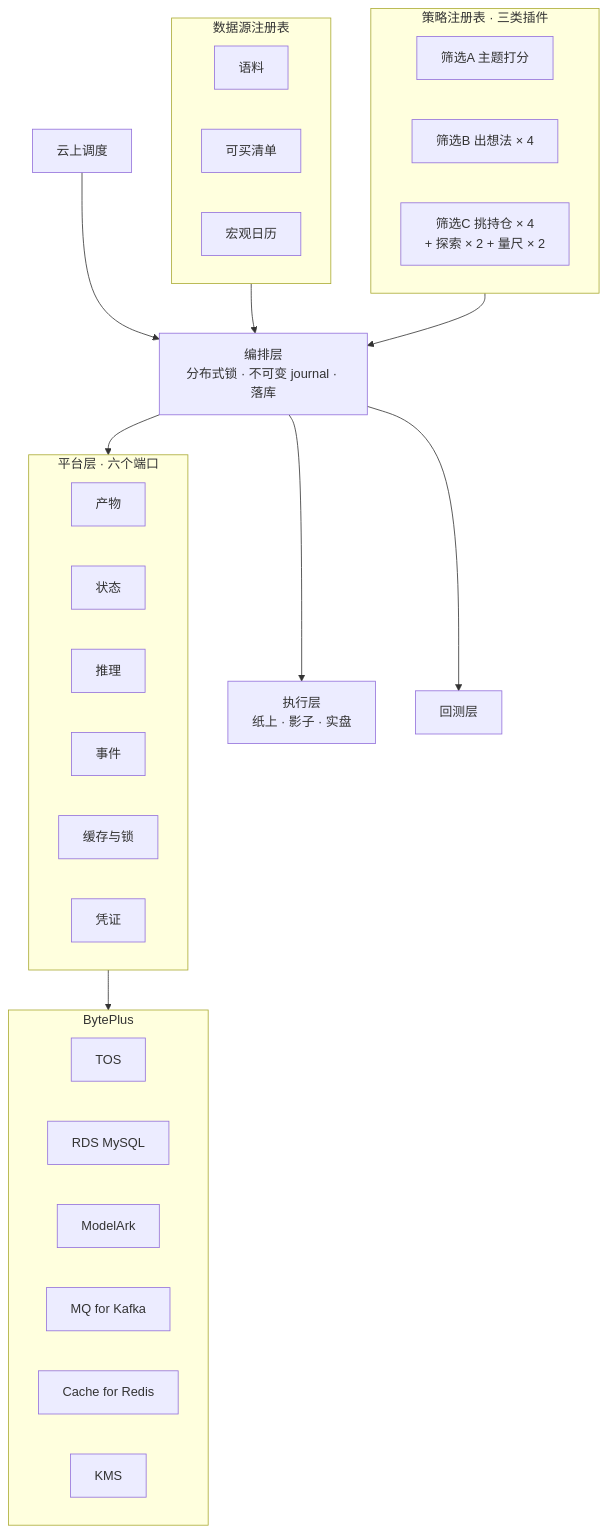
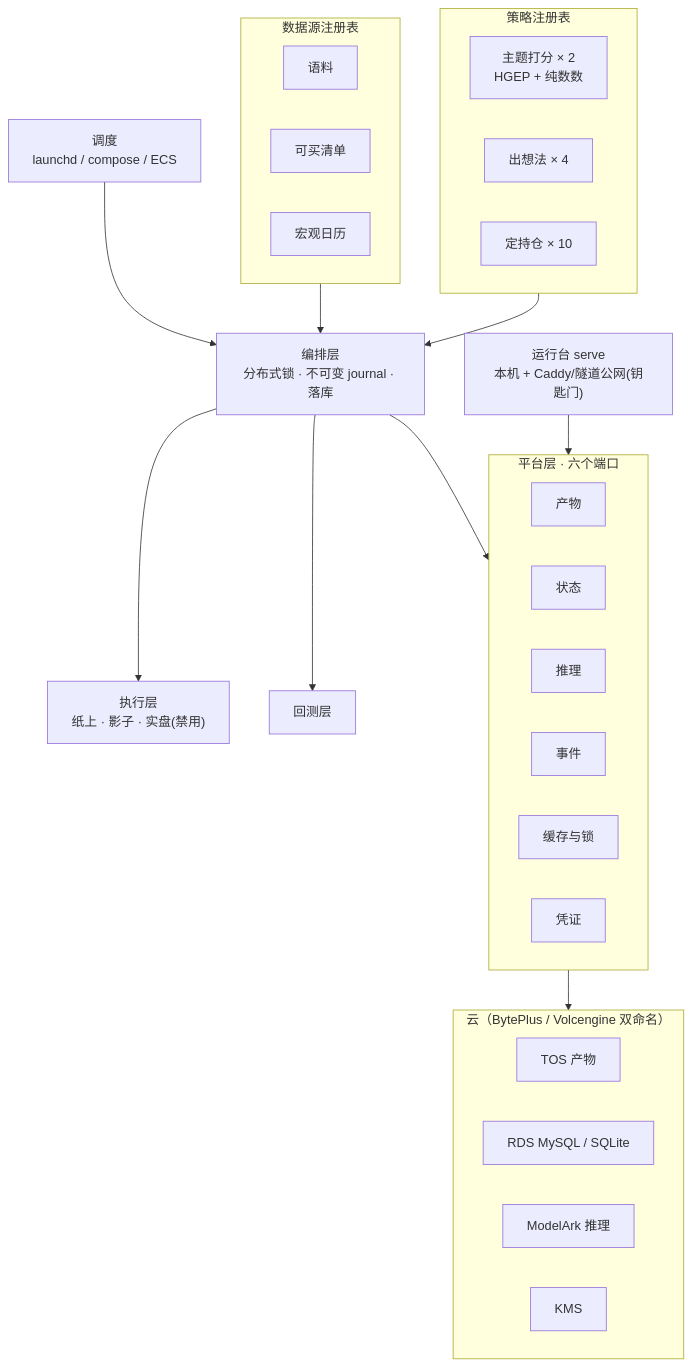
Before and after one commit to YuesongCai/IdeaGen40: the second of 2 diagrams in README.md, drawn with Mermaid. The commit also changed other lines of this file, not shown here.

First line of the commit message:
README 全量刷新为当前事实：10 本账、214 测试、σ止损实弹 3 次、POC 五模式、双图更新

````diff
--- a/README.md
+++ b/README.md
@@ -96,37 +77,36 @@
 ```mermaid
 flowchart TB
-  subgraph STRAT["策略注册表 · 三类插件"]
-    S1["筛选A 主题打分"]
-    S2["筛选B 出想法 × 4"]
-    S3["筛选C 挑持仓 × 4<br/>+ 探索 × 2 + 量尺 × 2"]
+  subgraph STRAT["策略注册表"]
+    S1["主题打分 × 2<br/>HGEP + 纯数数"]
+    S2["出想法 × 4"]
+    S3["定持仓 × 10"]
   end
   subgraph FEED["数据源注册表"]
-    F1["语料"]
+    F1["语料"] 
     F2["可买清单"]
     F3["宏观日历"]
   end
   ORCH["编排层<br/>分布式锁 · 不可变 journal · 落库"]
   subgraph PORT["平台层 · 六个端口"]
     P1["产物"]
     P2["状态"]
     P3["推理"]
     P4["事件"]
     P5["缓存与锁"]
     P6["凭证"]
   end
-  subgraph BP["BytePlus"]
-    B1["TOS"]
-    B2["RDS MySQL"]
-    B3["ModelArk"]
-    B4["MQ for Kafka"]
-    B5["Cache for Redis"]
-    B6["KMS"]
+  subgraph CLOUD["云（BytePlus / Volcengine 双命名）"]
+    B1["TOS 产物"]
+    B2["RDS MySQL / SQLite"]
+    B3["ModelArk 推理"]
+    B4["KMS"]
   end
   FEED --> ORCH
   STRAT --> ORCH
   ORCH --> PORT
-  PORT --> BP
-  ORCH --> EXE["执行层<br/>纸上 · 影子 · 实盘"]
+  PORT --> CLOUD
+  ORCH --> EXE["执行层<br/>纸上 · 影子 · 实盘(禁用)"]
   ORCH --> BT["回测层"]
-  SCHED["云上调度"] --> ORCH
+  SCHED["调度<br/>launchd / compose / ECS"] --> ORCH
+  SERVE["运行台 serve<br/>本机 + Caddy/隧道公网(钥匙门)"] --> PORT
 ```
````
